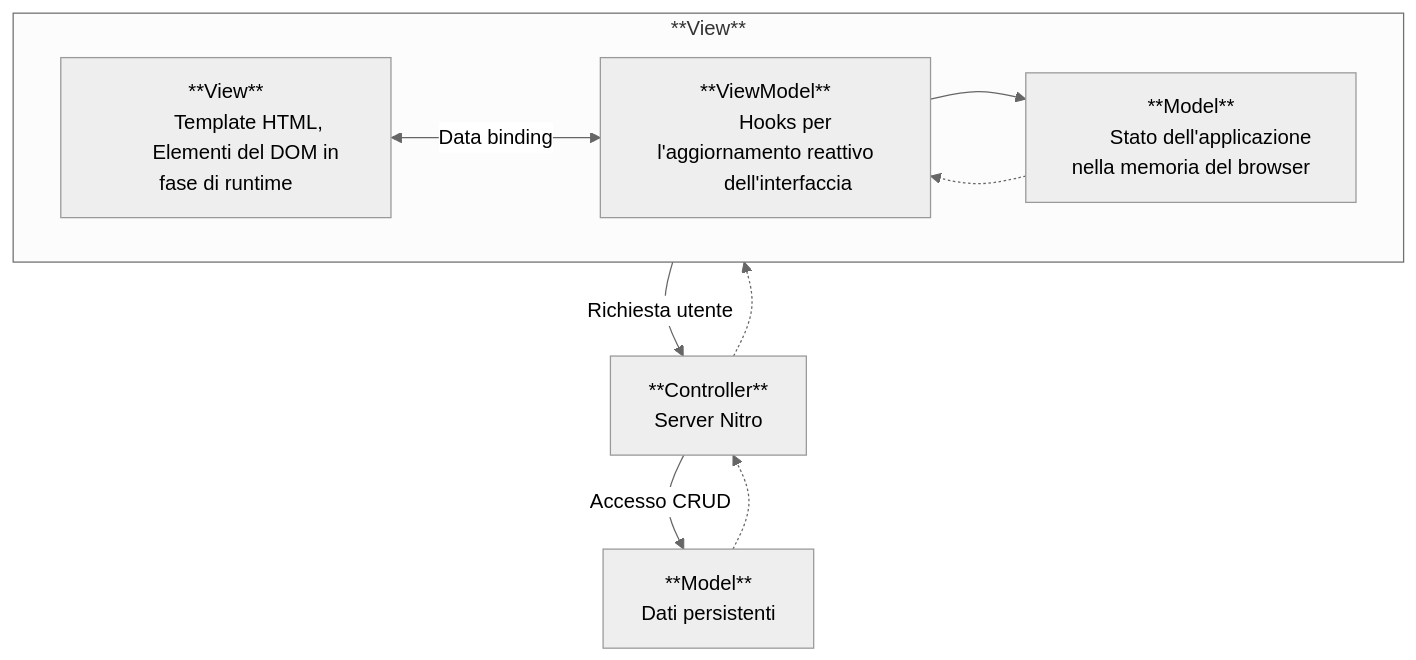
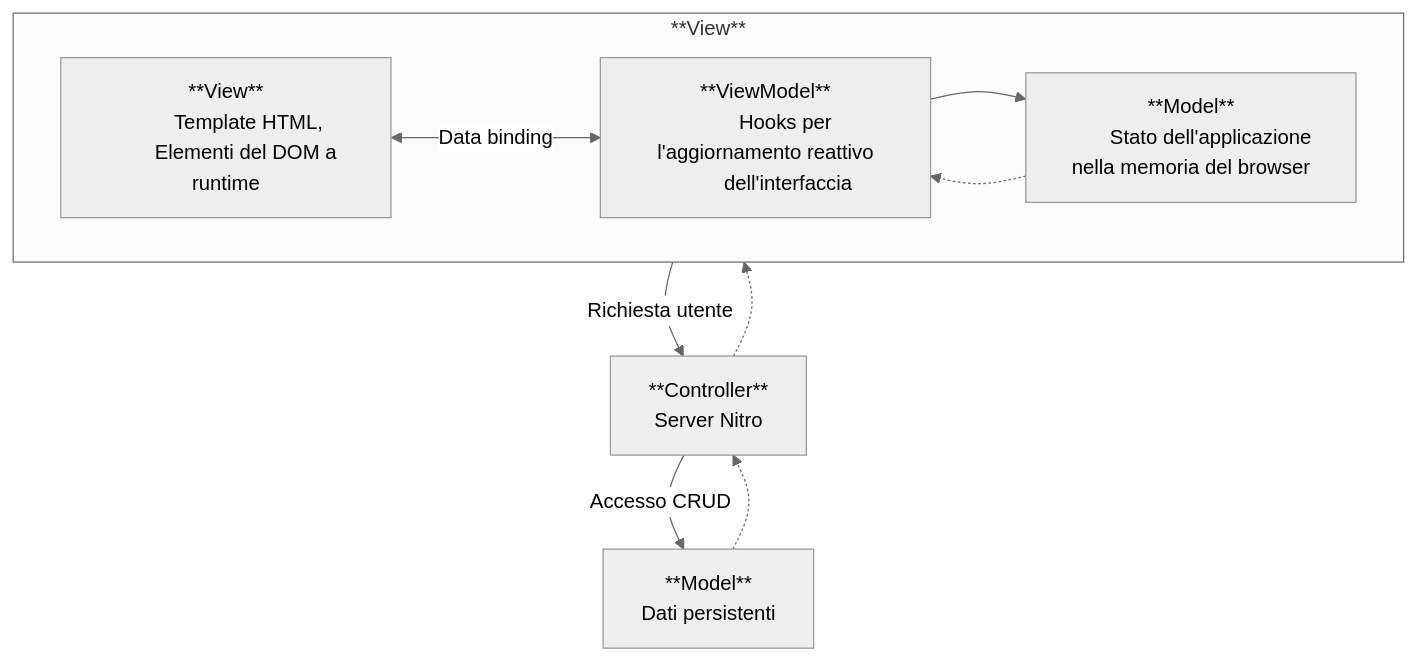
The first of 2 diagrams in 2-descrizione_delle_tecnologie.md (iacobucci/tesi-triennale), drawn with Mermaid before and after one commit. The commit also changed other lines of this file and 3 other files, not shown here.

````diff
--- a/2-descrizione_delle_tecnologie.md
+++ b/2-descrizione_delle_tecnologie.md
@@ -11,33 +11,33 @@
 ```mermaid {height=6cm}
 %%{init: {'theme': 'neutral', 'mirrorActors': false} }%%
 flowchart TB
 
 subgraph vue[**View**]
 	direction LR
 	vueview[**View**
 	Template HTML,
-	Elementi del DOM in fase di runtime
+	Elementi del DOM a runtime
 	]
 	vueviewmodel[**ViewModel**
 	Hooks per l'aggiornamento reattivo
 	dell'interfaccia
 	]
 	vuemodel[**Model**
 	Stato dell'applicazione nella memoria del browser
 	]
 	vueview <-- Data binding --> vueviewmodel
 	vueviewmodel --> vuemodel
 	vuemodel -.-> vueviewmodel
 end
 
 model[**Model**
 Dati persistenti]
 controller[**Controller**
 Server Nitro]
 
 controller -- Accesso CRUD --> model
 model -.-> controller
 
 vue -- Richiesta utente --> controller
 controller -.-> vue
 ```
````
